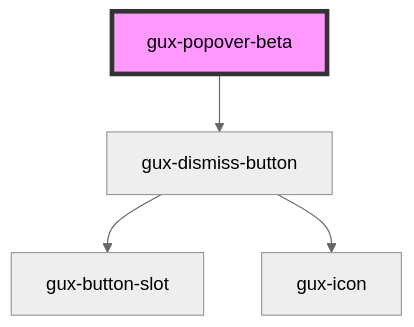
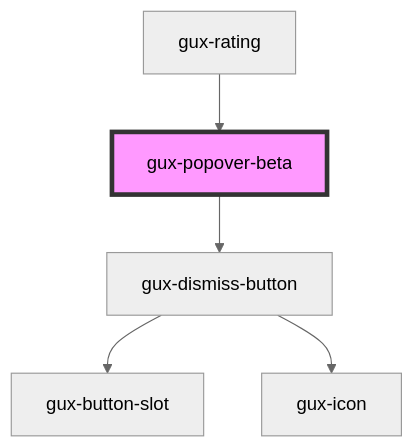
One commit to MyPureCloud/genesys-spark changed the diagram in packages/genesys-spark-components/src/components/beta/gux-popover-beta/readme.md. Above: the diagram before and after it, drawn with Mermaid (neutral theme). The commit also changed other lines of this file and 31 other files, not shown here.

````diff
--- a/packages/genesys-spark-components/src/components/beta/gux-popover-beta/readme.md
+++ b/packages/genesys-spark-components/src/components/beta/gux-popover-beta/readme.md
@@ -70,7 +74,8 @@
 ```mermaid
 graph TD;
   gux-popover-beta --> gux-dismiss-button
   gux-dismiss-button --> gux-button-slot
   gux-dismiss-button --> gux-icon
+  gux-rating --> gux-popover-beta
   style gux-popover-beta fill:#f9f,stroke:#333,stroke-width:4px
 ```
````
